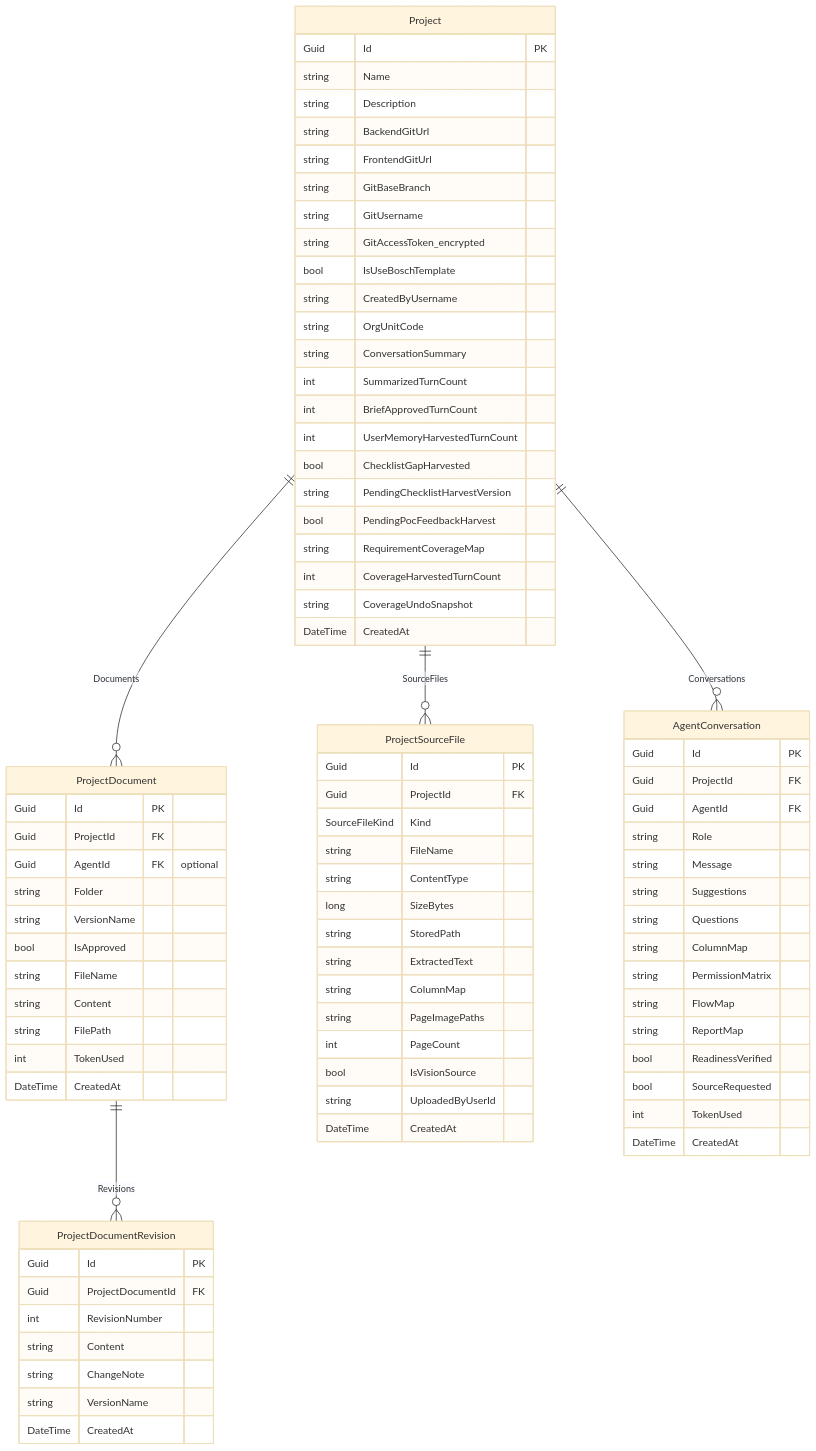
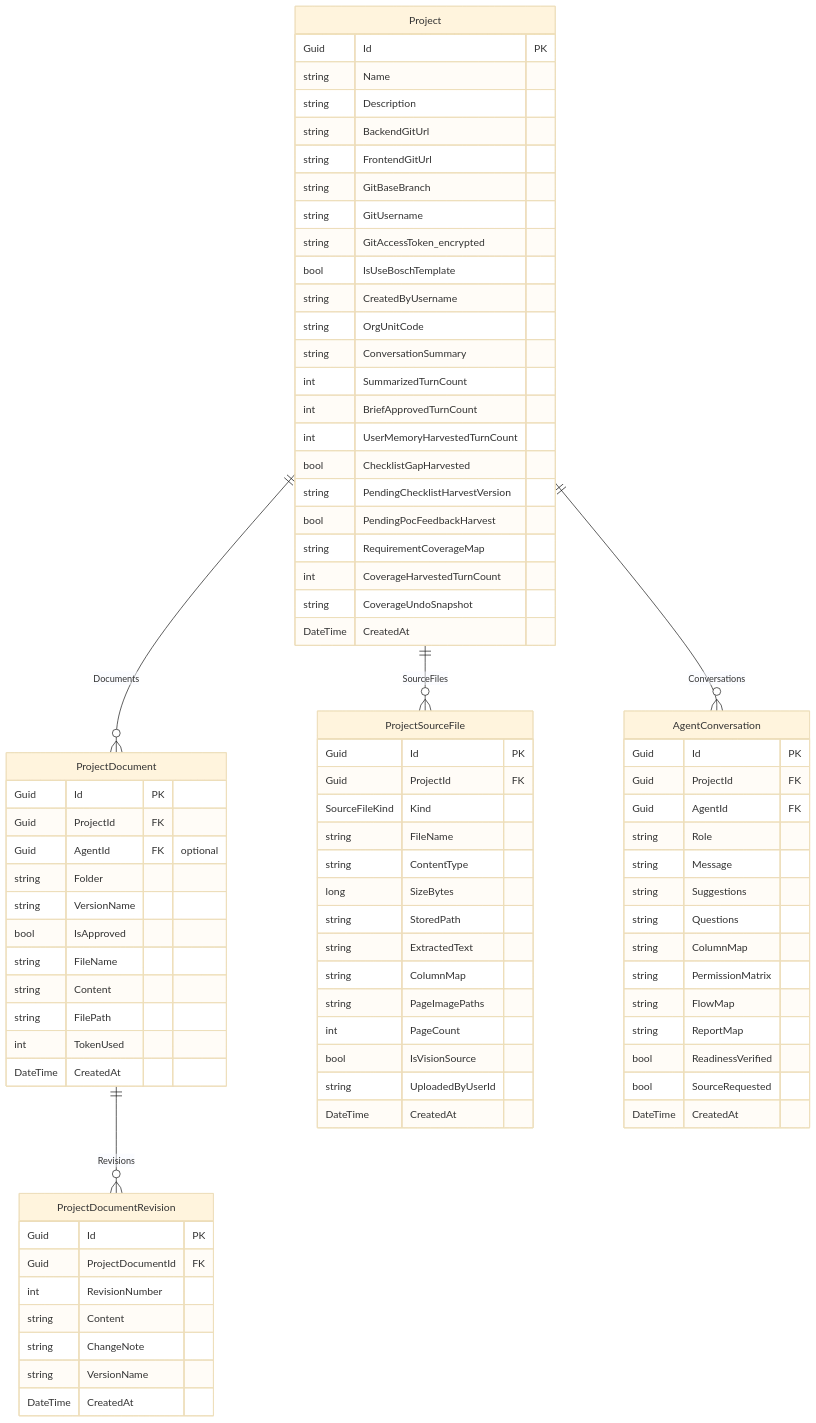
The second of 9 diagrams in docs/data-model.md (Songlong0506/ICOGenerator-v4), drawn with Mermaid (base theme) before and after one commit. The commit also changed 9 other files, not shown here.

First line of the commit message:
Xoá cột AgentConversation.TokenUsed

```diff
--- a/docs/data-model.md
+++ b/docs/data-model.md
@@ -180,7 +180,6 @@
         string ReportMap
         bool ReadinessVerified
         bool SourceRequested
-        int TokenUsed
         DateTime CreatedAt
     }
 
```
